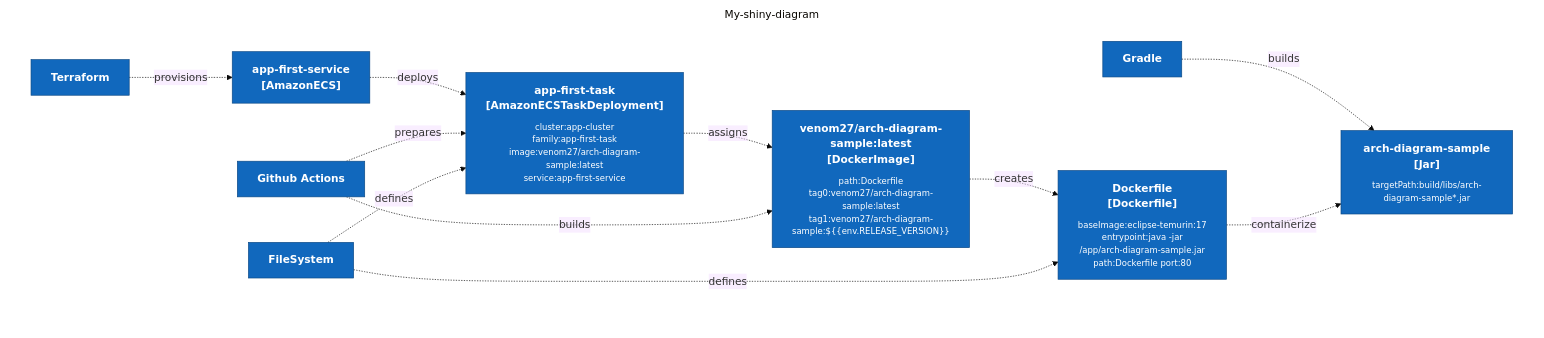
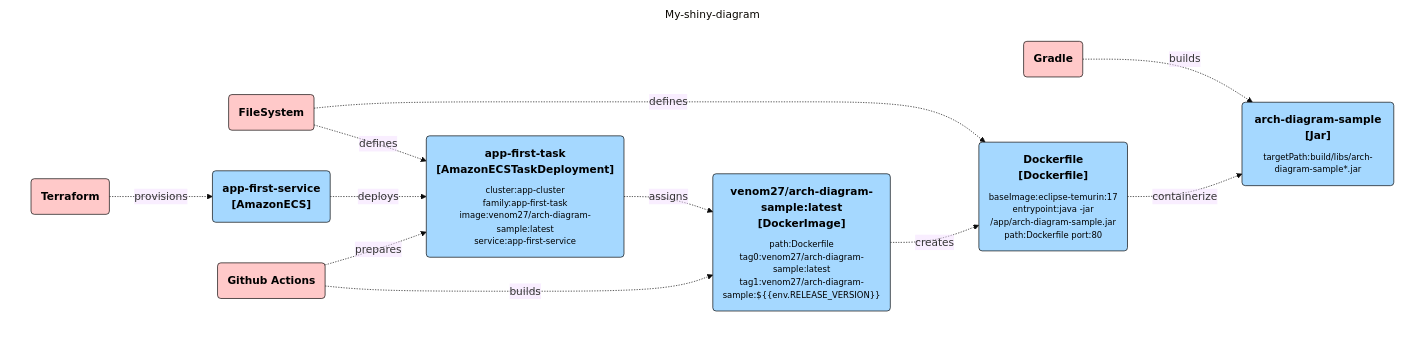
Before and after one commit to uladzimirFilipchanka/noredraw: the diagram in README.md, drawn with Mermaid (base theme).

````diff
--- a/README.md
+++ b/README.md
@@ -22,38 +22,38 @@
 ```mermaid
 graph TB
   linkStyle default fill:#ffffff
 
   subgraph diagram ["My-shiny-diagram"]
     style diagram fill:#ffffff,stroke:#ffffff
 
-    1["<div style='font-weight: bold'>Dockerfile\n[Dockerfile]</div><div style='font-size: 70%; margin-top: 0px'></div><div style='font-size: 80%; margin-top:10px'>baseImage:eclipse-temurin:17<br />entrypoint:java -jar<br />/app/arch-diagram-sample.jar<br />path:Dockerfile port:80</div>"]
-    style 1 fill:#1168bd,stroke:#0b4884,color:#ffffff
-    10["<div style='font-weight: bold'>app-first-service\n[AmazonECS]</div><div style='font-size: 70%; margin-top: 0px'></div>"]
-    style 10 fill:#1168bd,stroke:#0b4884,color:#ffffff
-    11["<div style='font-weight: bold'>Terraform</div><div style='font-size: 70%; margin-top: 0px'></div>"]
-    style 11 fill:#1168bd,stroke:#0b4884,color:#ffffff
-    13["<div style='font-weight: bold'>arch-diagram-sample\n[Jar]</div><div style='font-size: 70%; margin-top: 0px'></div><div style='font-size: 80%; margin-top:10px'>targetPath:build/libs/arch-diagram-sample*.jar</div>"]
-    style 13 fill:#1168bd,stroke:#0b4884,color:#ffffff
-    14["<div style='font-weight: bold'>Gradle</div><div style='font-size: 70%; margin-top: 0px'></div>"]
-    style 14 fill:#1168bd,stroke:#0b4884,color:#ffffff
-    2["<div style='font-weight: bold'>FileSystem</div><div style='font-size: 70%; margin-top: 0px'></div>"]
-    style 2 fill:#1168bd,stroke:#0b4884,color:#ffffff
-    4["<div style='font-weight: bold'>app-first-task\n[AmazonECSTaskDeployment]</div><div style='font-size: 70%; margin-top: 0px'></div><div style='font-size: 80%; margin-top:10px'>cluster:app-cluster<br />family:app-first-task<br />image:venom27/arch-diagram-sample:latest<br />service:app-first-service</div>"]
-    style 4 fill:#1168bd,stroke:#0b4884,color:#ffffff
-    5["<div style='font-weight: bold'>Github Actions</div><div style='font-size: 70%; margin-top: 0px'></div>"]
-    style 5 fill:#1168bd,stroke:#0b4884,color:#ffffff
-    8["<div style='font-weight: bold'>venom27/arch-diagram-sample:latest\n[DockerImage]</div><div style='font-size: 70%; margin-top: 0px'></div><div style='font-size: 80%; margin-top:10px'>path:Dockerfile<br />tag0:venom27/arch-diagram-sample:latest<br />tag1:venom27/arch-diagram-sample:${{env.RELEASE_VERSION}}</div>"]
-    style 8 fill:#1168bd,stroke:#0b4884,color:#ffffff
+    1("<div style='font-weight: bold'>venom27/arch-diagram-sample:latest\n[DockerImage]</div><div style='font-size: 70%; margin-top: 0px'></div><div style='font-size: 80%; margin-top:10px'>path:Dockerfile<br />tag0:venom27/arch-diagram-sample:latest<br />tag1:venom27/arch-diagram-sample:${{env.RELEASE_VERSION}}</div>")
+    style 1 fill:#a5d8ff,stroke:#000000,color:#000000
+    11("<div style='font-weight: bold'>Dockerfile\n[Dockerfile]</div><div style='font-size: 70%; margin-top: 0px'></div><div style='font-size: 80%; margin-top:10px'>baseImage:eclipse-temurin:17<br />entrypoint:java -jar<br />/app/arch-diagram-sample.jar<br />path:Dockerfile port:80</div>")
+    style 11 fill:#a5d8ff,stroke:#000000,color:#000000
+    13("<div style='font-weight: bold'>arch-diagram-sample\n[Jar]</div><div style='font-size: 70%; margin-top: 0px'></div><div style='font-size: 80%; margin-top:10px'>targetPath:build/libs/arch-diagram-sample*.jar</div>")
+    style 13 fill:#a5d8ff,stroke:#000000,color:#000000
+    14("<div style='font-weight: bold'>Gradle</div><div style='font-size: 70%; margin-top: 0px'></div>")
+    style 14 fill:#ffc9c9,stroke:#000000,color:#000000
+    2("<div style='font-weight: bold'>Github Actions</div><div style='font-size: 70%; margin-top: 0px'></div>")
+    style 2 fill:#ffc9c9,stroke:#000000,color:#000000
+    4("<div style='font-weight: bold'>app-first-service\n[AmazonECS]</div><div style='font-size: 70%; margin-top: 0px'></div>")
+    style 4 fill:#a5d8ff,stroke:#000000,color:#000000
+    5("<div style='font-weight: bold'>Terraform</div><div style='font-size: 70%; margin-top: 0px'></div>")
+    style 5 fill:#ffc9c9,stroke:#000000,color:#000000
+    7("<div style='font-weight: bold'>app-first-task\n[AmazonECSTaskDeployment]</div><div style='font-size: 70%; margin-top: 0px'></div><div style='font-size: 80%; margin-top:10px'>cluster:app-cluster<br />family:app-first-task<br />image:venom27/arch-diagram-sample:latest<br />service:app-first-service</div>")
+    style 7 fill:#a5d8ff,stroke:#000000,color:#000000
+    9("<div style='font-weight: bold'>FileSystem</div><div style='font-size: 70%; margin-top: 0px'></div>")
+    style 9 fill:#ffc9c9,stroke:#000000,color:#000000
 
-    11-. "<div>provisions</div><div style='font-size: 70%'></div>" .->10
+    9-. "<div>defines</div><div style='font-size: 70%'></div>" .->7
+    9-. "<div>defines</div><div style='font-size: 70%'></div>" .->11
     14-. "<div>builds</div><div style='font-size: 70%'></div>" .->13
-    1-. "<div>containerize</div><div style='font-size: 70%'></div>" .->13
-    4-. "<div>assigns</div><div style='font-size: 70%'></div>" .->8
-    8-. "<div>creates</div><div style='font-size: 70%'></div>" .->1
-    10-. "<div>deploys</div><div style='font-size: 70%'></div>" .->4
-    2-. "<div>defines</div><div style='font-size: 70%'></div>" .->1
-    5-. "<div>prepares</div><div style='font-size: 70%'></div>" .->4
-    2-. "<div>defines</div><div style='font-size: 70%'></div>" .->4
-    5-. "<div>builds</div><div style='font-size: 70%'></div>" .->8
+    1-. "<div>creates</div><div style='font-size: 70%'></div>" .->11
+    4-. "<div>deploys</div><div style='font-size: 70%'></div>" .->7
+    7-. "<div>assigns</div><div style='font-size: 70%'></div>" .->1
+    11-. "<div>containerize</div><div style='font-size: 70%'></div>" .->13
+    2-. "<div>builds</div><div style='font-size: 70%'></div>" .->1
+    5-. "<div>provisions</div><div style='font-size: 70%'></div>" .->4
+    2-. "<div>prepares</div><div style='font-size: 70%'></div>" .->7
   end
 ```
````
